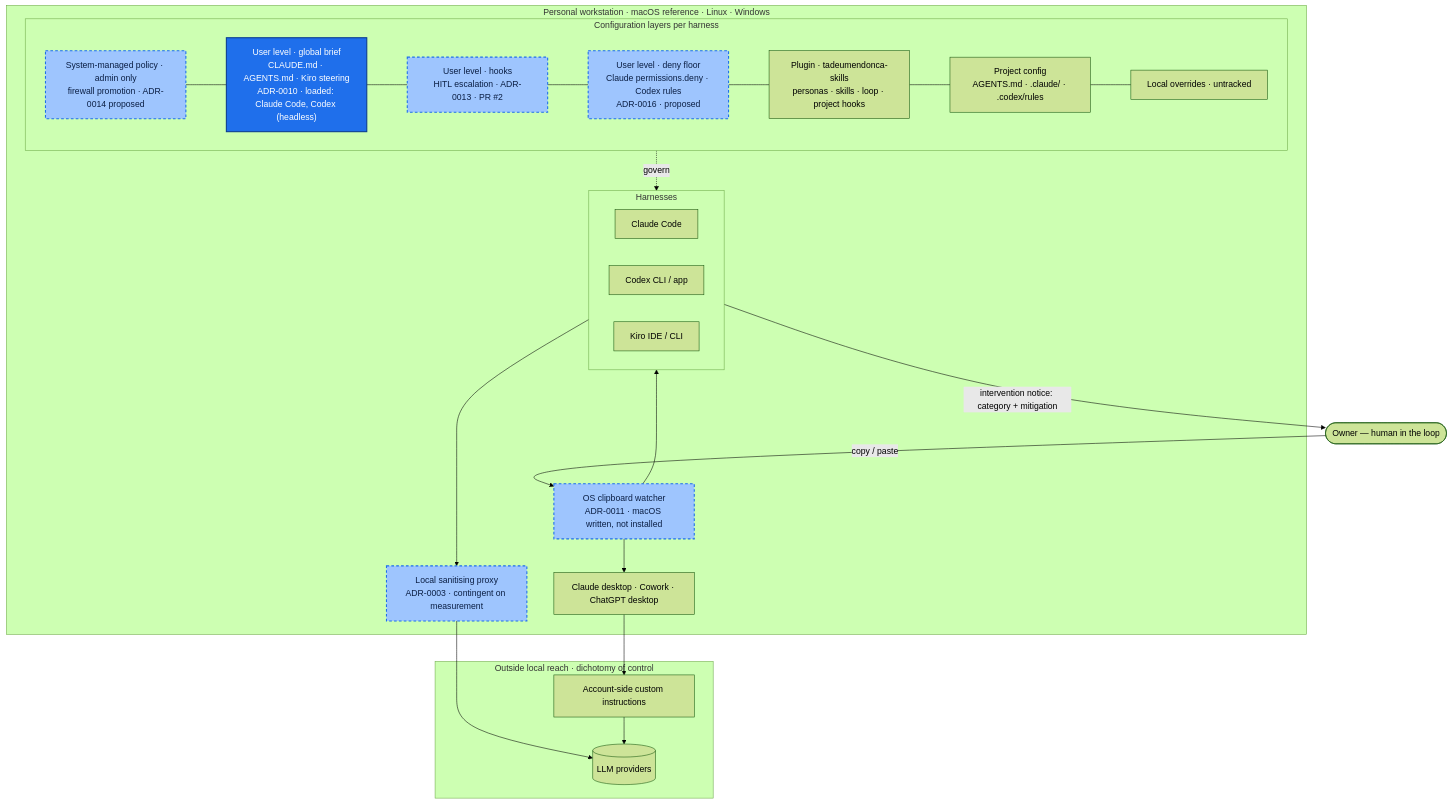
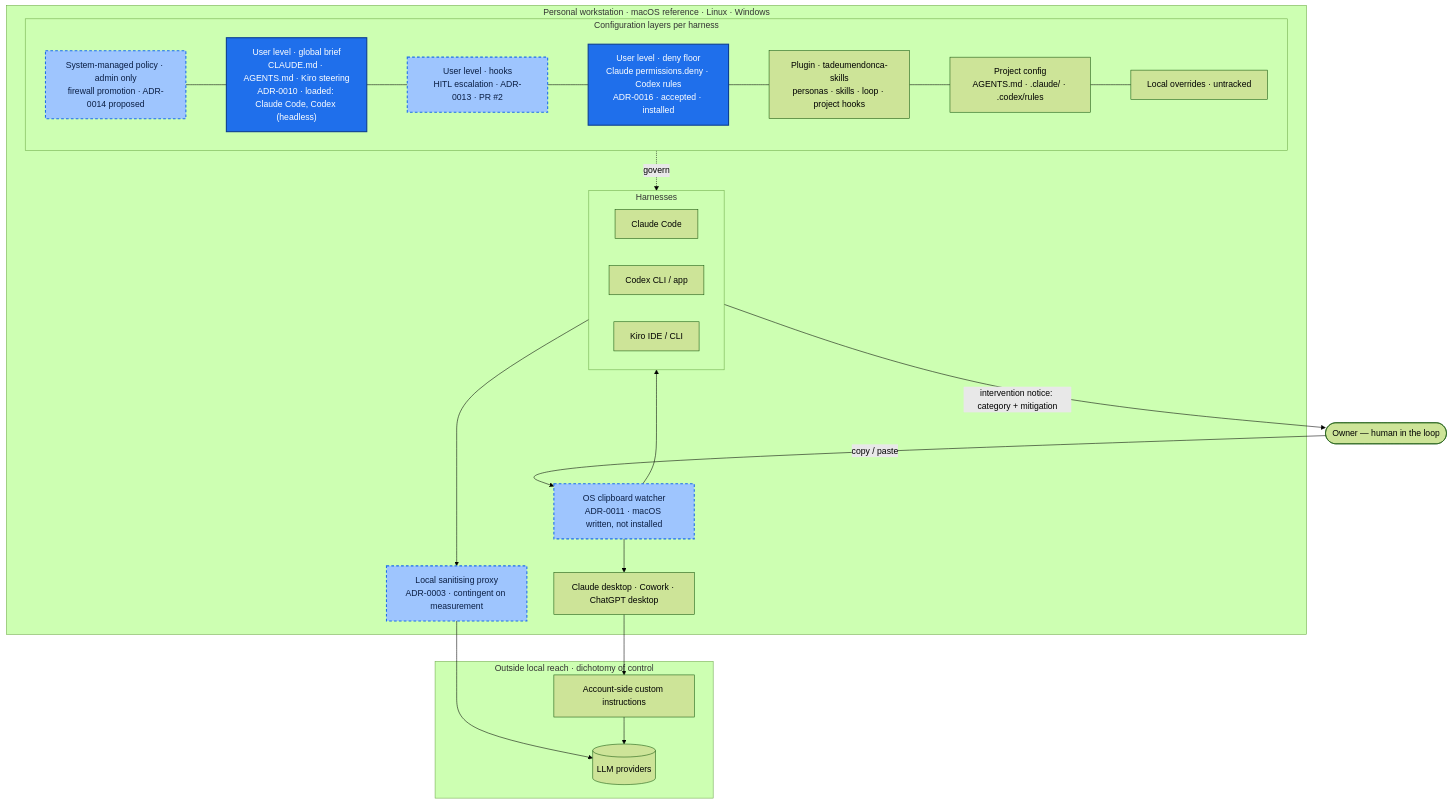
Before and after one commit to tedeuxx/mhw: the diagram in README.md, drawn with Mermaid (forest theme). The commit also changed other lines of this file and 2 other files, not shown here.

First line of the commit message:
docs(adr-0016): accepted on the owner's ratification, installed on the reference workstation

````diff
--- a/README.md
+++ b/README.md
@@ -48,44 +48,44 @@
 ```mermaid
 flowchart TB
   owner(["Owner — human in the loop"])
 
   subgraph WS["Personal workstation · macOS reference · Linux · Windows"]
     clip["OS clipboard watcher<br/>ADR-0011 · macOS written, not installed"]:::oursPlanned
 
     subgraph LAYERS["Configuration layers per harness"]
       managed["System-managed policy · admin only<br/>firewall promotion · ADR-0014 proposed"]:::oursPlanned
       ubrief["User level · global brief<br/>CLAUDE.md · AGENTS.md · Kiro steering<br/>ADR-0010 · loaded: Claude Code, Codex (headless)"]:::ours
       uhooks["User level · hooks<br/>HITL escalation · ADR-0013 · PR #2"]:::oursPlanned
-      udeny["User level · deny floor<br/>Claude permissions.deny · Codex rules<br/>ADR-0016 · proposed"]:::oursPlanned
+      udeny["User level · deny floor<br/>Claude permissions.deny · Codex rules<br/>ADR-0016 · accepted · installed"]:::ours
       plugin["Plugin · tadeumendonca-skills<br/>personas · skills · loop · project hooks"]
       project["Project config<br/>AGENTS.md · .claude/ · .codex/rules"]
       local["Local overrides · untracked"]
     end
 
     subgraph HARN["Harnesses"]
       cc["Claude Code"]
       cx["Codex CLI / app"]
       kiro["Kiro IDE / CLI"]
     end
 
     proxy["Local sanitising proxy<br/>ADR-0003 · contingent on measurement"]:::oursPlanned
     desk["Claude desktop · Cowork · ChatGPT desktop"]
   end
 
   subgraph CLOUD["Outside local reach · dichotomy of control"]
     acct["Account-side custom instructions"]
     llm[("LLM providers")]
   end
 
   owner -->|copy / paste| clip
   clip --> HARN
   clip --> desk
   managed --- ubrief --- uhooks --- udeny --- plugin --- project --- local
   LAYERS -. govern .-> HARN
   HARN --> proxy --> llm
   desk --> acct --> llm
   HARN -->|"intervention notice: category + mitigation"| owner
 
   classDef ours fill:#1f6feb,stroke:#0b3d91,color:#ffffff,stroke-width:2px
   classDef oursPlanned fill:#9ec5fe,stroke:#1f6feb,color:#0b1f44,stroke-width:2px,stroke-dasharray:5 4
 ```
````
